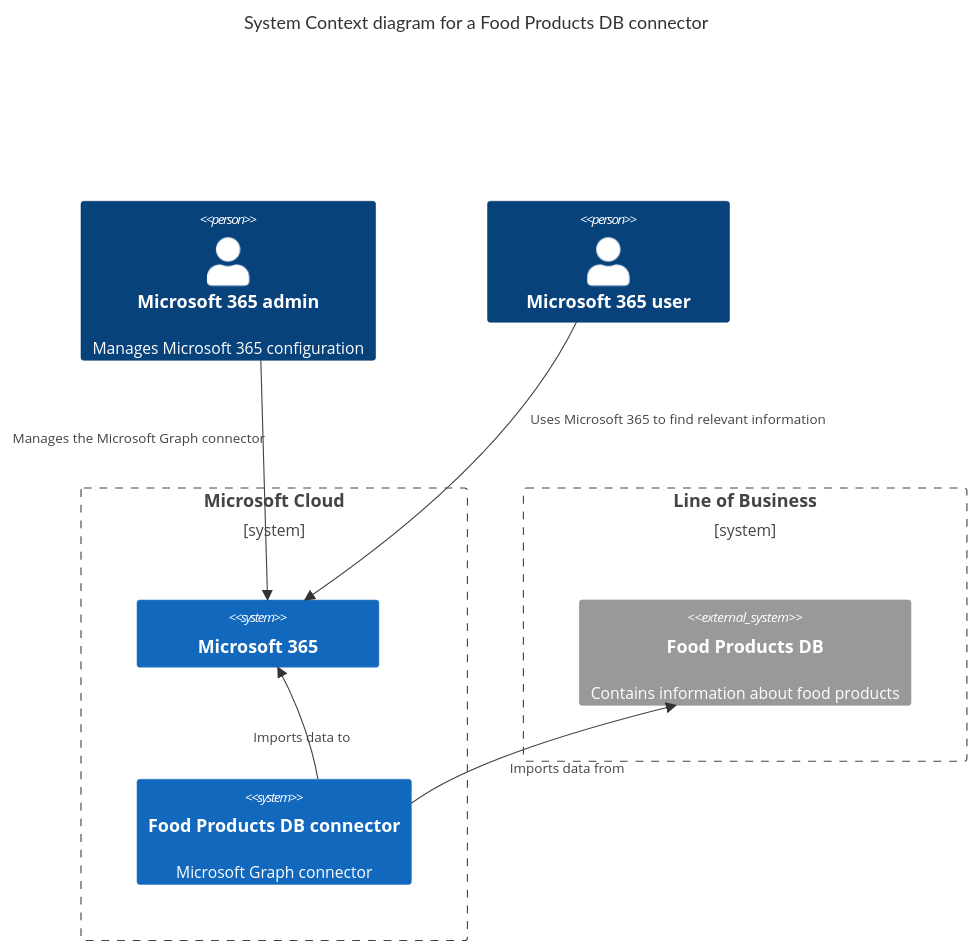
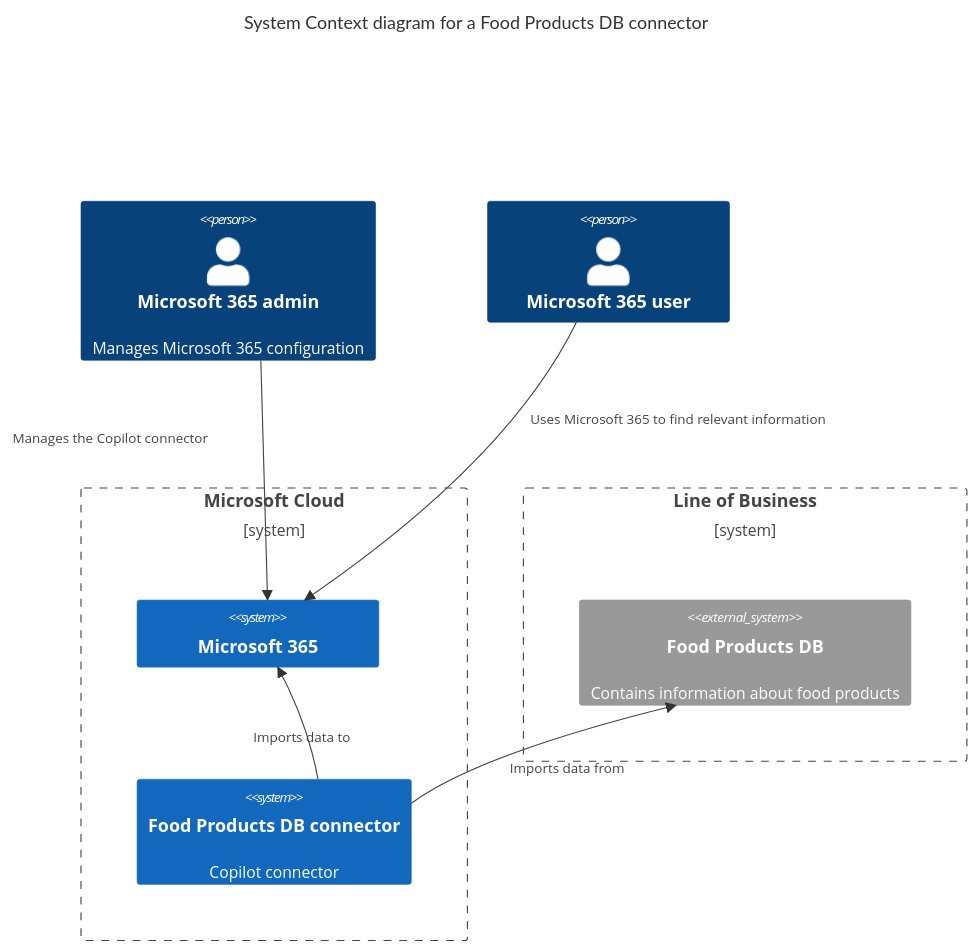
The first of 8 diagrams in samples/nodejs-typescript-food-catalog/readme.md (pnp/graph-connectors-samples), drawn with Mermaid before and after one commit. The commit also changed other lines of this file and 62 other files, not shown here.

Commit message:
Renames Graph connectors to Copilot connectors

````diff
--- a/samples/nodejs-typescript-food-catalog/readme.md
+++ b/samples/nodejs-typescript-food-catalog/readme.md
@@ -160,24 +160,24 @@
 ```mermaid
 C4Context
 title System Context diagram for a Food Products DB connector
 Person(admin, "Microsoft 365 admin", "Manages Microsoft 365 configuration")
 Person(user, "Microsoft 365 user")
   
 Boundary(bM365, "Microsoft Cloud") {
     System(microsoft365, "Microsoft 365")
-    System(connector, "Food Products DB connector", "Microsoft Graph connector")
+    System(connector, "Food Products DB connector", "Copilot connector")
 }
 
 Boundary(bLOB, "Line of Business") {
     System_Ext(externalContent, "Food Products DB", "Contains information about food products")
 }
 
-Rel(admin, microsoft365, "Manages the Microsoft Graph connector")
+Rel(admin, microsoft365, "Manages the Copilot connector")
 UpdateRelStyle(admin, microsoft365, $offsetX="-225", $offsetY="-40")
 Rel(user, microsoft365, "Uses Microsoft 365 to find relevant information")
 UpdateRelStyle(user, microsoft365, $offsetX="80", $offsetY="-40")
 Rel(connector, externalContent, "Imports data from")
 UpdateRelStyle(connector, externalContent, $offsetY="10", $offsetX="-30")
 Rel(connector, microsoft365, "Imports data to")
 UpdateRelStyle(connector, microsoft365, $offsetY="10", $offsetX="-40")
 ```
````
